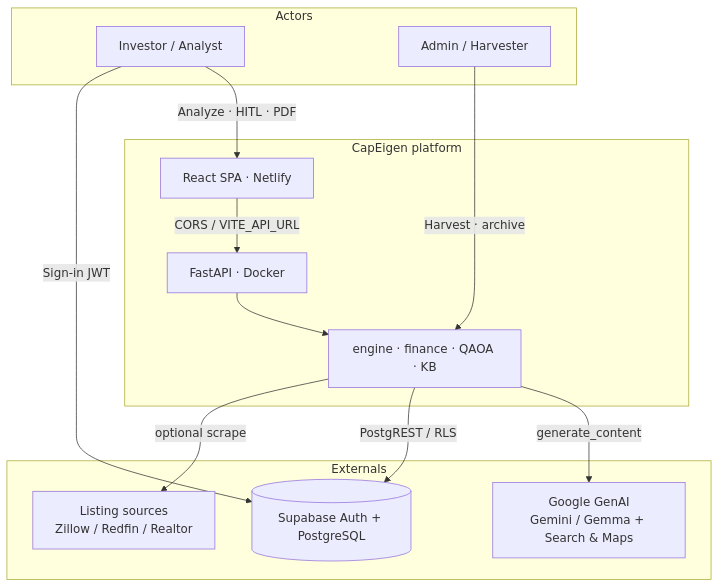
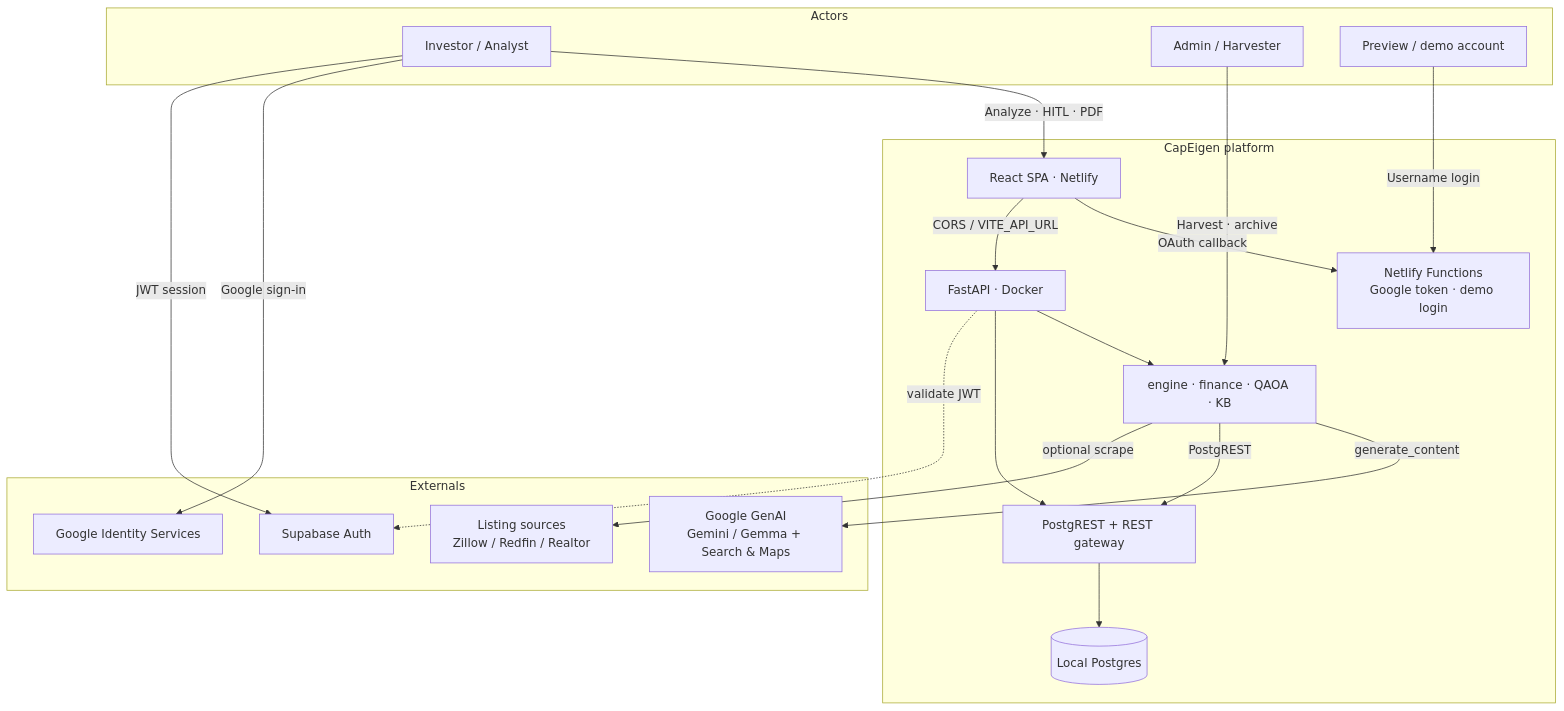
The first of 12 diagrams in README.md (Preebg/RealEstateAI), drawn with Mermaid before and after one commit. The commit also changed other lines of this file, not shown here.

````diff
--- a/README.md
+++ b/README.md
@@ -58,28 +59,38 @@
 ```mermaid
 flowchart TB
     subgraph Actors
         INV[Investor / Analyst]
         ADM[Admin / Harvester]
+        DEMO[Preview / demo account]
     end
 
     subgraph CapEigen["CapEigen platform"]
         SPA[React SPA · Netlify]
+        NF[Netlify Functions<br/>Google token · demo login]
         API[FastAPI · Docker]
         CORE[engine · finance · QAOA · KB]
+        PG[(Local Postgres)]
+        PGR[PostgREST + REST gateway]
     end
 
     subgraph Externals
         GEM[Google GenAI<br/>Gemini / Gemma + Search & Maps]
-        SB[(Supabase Auth + PostgreSQL)]
+        AUTH[Supabase Auth]
+        GOOG[Google Identity Services]
         LIST[Listing sources<br/>Zillow / Redfin / Realtor]
     end
 
     INV -->|Analyze · HITL · PDF| SPA
-    INV -->|Sign-in JWT| SB
+    INV -->|Google sign-in| GOOG
+    DEMO -->|Username login| NF
+    SPA -->|OAuth callback| NF
+    SPA -->|CORS / VITE_API_URL| API
+    INV -->|JWT session| AUTH
     ADM -->|Harvest · archive| CORE
-    SPA -->|CORS / VITE_API_URL| API
     API --> CORE
+    API --> PGR --> PG
     CORE -->|generate_content| GEM
-    CORE -->|PostgREST / RLS| SB
+    CORE -->|PostgREST| PGR
     CORE -->|optional scrape| LIST
+    API -.->|validate JWT| AUTH
 ```
````
